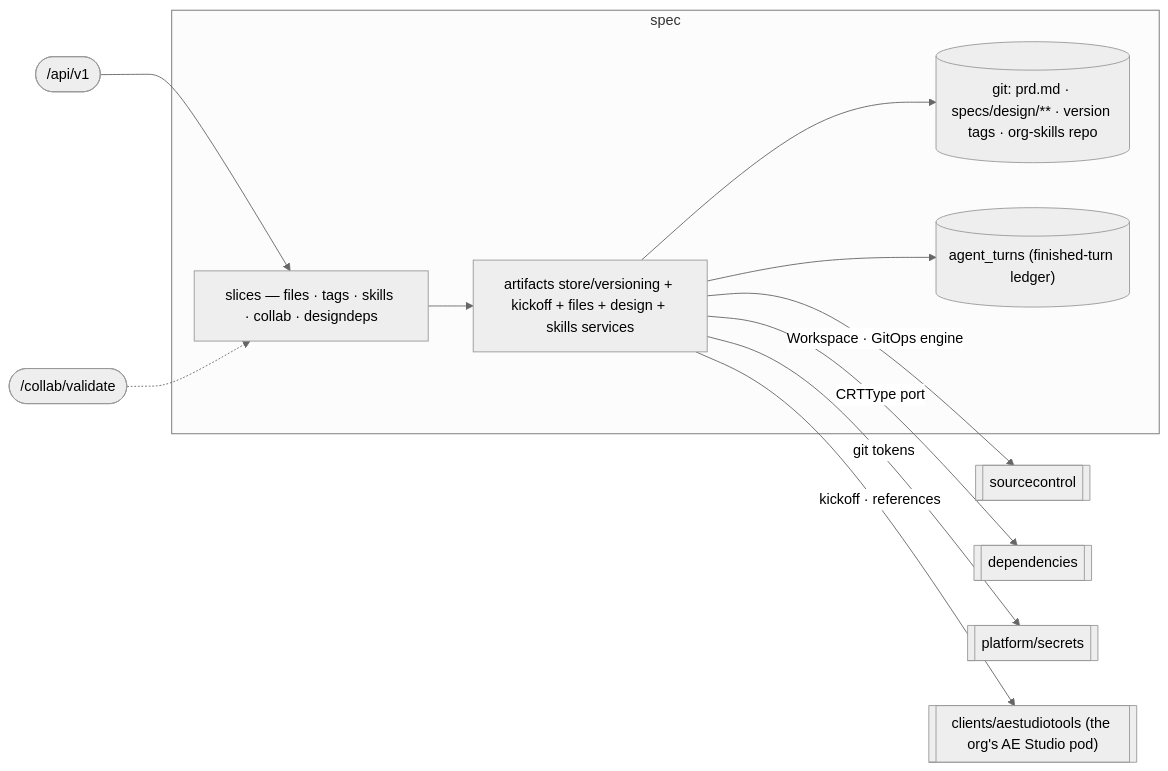
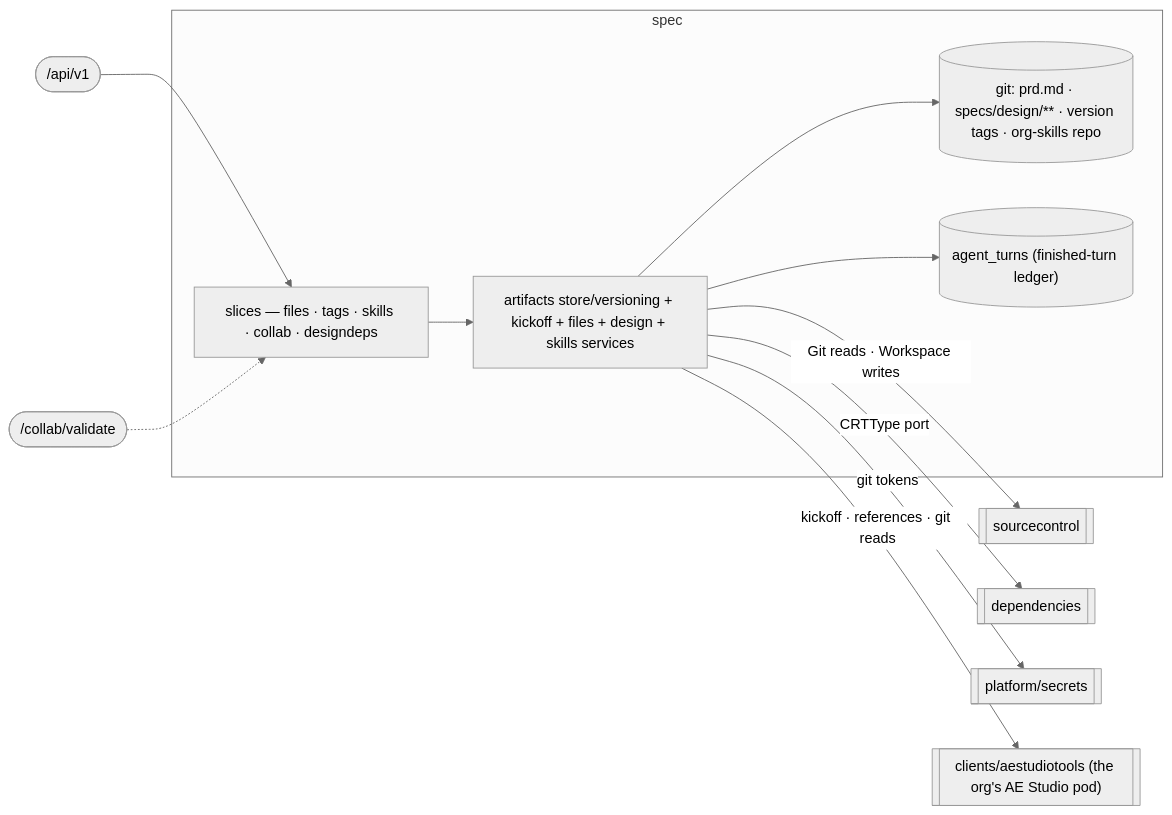
Before and after one commit to wso2/labs-agentic-engineer: the diagram in services/aep-api/internal/spec/README.md, drawn with Mermaid (neutral theme). The commit also changed other lines of this file and 22 other files, not shown here.

First line of the commit message:
refactor(aep-api): spec reads go through ae-studio-tools

````diff
--- a/services/aep-api/internal/spec/README.md
+++ b/services/aep-api/internal/spec/README.md
@@ -9,16 +9,16 @@
 ```mermaid
 flowchart LR
   API(["/api/v1"]) --> SL
   CB(["/collab/validate"]) -.-> SL
   subgraph spec
     SL["slices — files · tags · skills · collab · designdeps"]
     CORE["artifacts store/versioning + kickoff + files + design + skills services"]
     SL --> CORE
     CORE --> GIT[("git: prd.md · specs/design/** · version tags · org-skills repo")]
     CORE --> TURNS[("agent_turns (finished-turn ledger)")]
   end
-  CORE -->|Workspace · GitOps engine| SC[[sourcecontrol]]
+  CORE -->|Git reads · Workspace writes| SC[[sourcecontrol]]
   CORE -->|CRTType port| DEP[[dependencies]]
   CORE -->|git tokens| SEC[[platform/secrets]]
-  CORE -->|kickoff · references| POD[["clients/aestudiotools (the org's AE Studio pod)"]]
+  CORE -->|kickoff · references · git reads| POD[["clients/aestudiotools (the org's AE Studio pod)"]]
 ```
````
